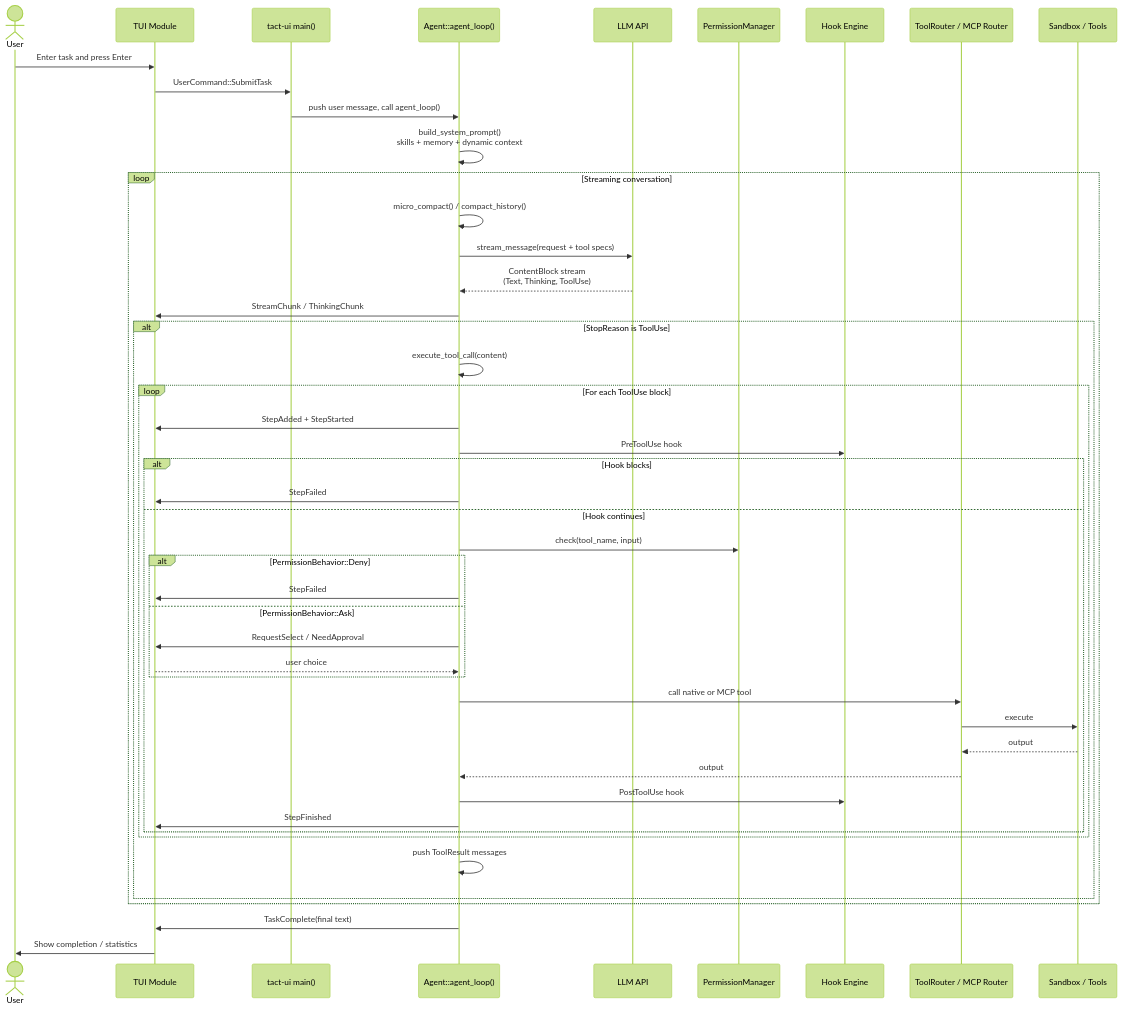
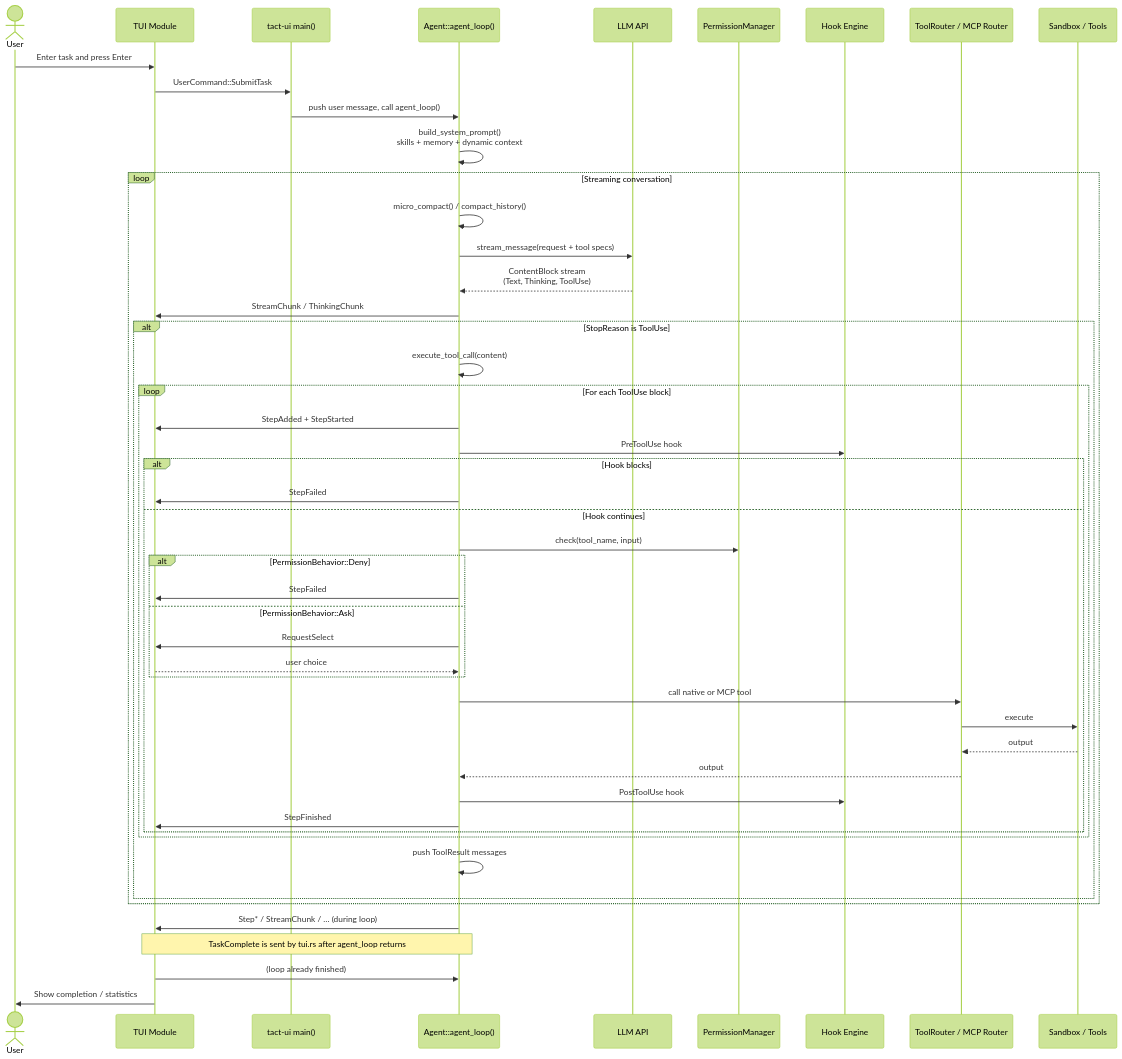
The third of 10 diagrams in ARCHITECTURE.md (rust-infra/tact), drawn with Mermaid (forest theme) before and after one commit. The commit also changed other lines of this file and 63 other files, not shown here.

````diff
--- a/ARCHITECTURE.md
+++ b/ARCHITECTURE.md
@@ -156,53 +156,55 @@
 ```mermaid
 sequenceDiagram
     actor U as User
     participant TUI as TUI Module
     participant Main as tact-ui main()
     participant Agent as Agent::agent_loop()
     participant LLM as LLM API
     participant Perm as PermissionManager
     participant Hook as Hook Engine
     participant TR as ToolRouter / MCP Router
     participant SB as Sandbox / Tools
 
     U ->> TUI: Enter task and press Enter
     TUI ->> Main: UserCommand::SubmitTask
     Main ->> Agent: push user message, call agent_loop()
     Agent ->> Agent: build_system_prompt()<br/>skills + memory + dynamic context
 
     loop Streaming conversation
         Agent ->> Agent: micro_compact() / compact_history()
         Agent ->> LLM: stream_message(request + tool specs)
         LLM -->> Agent: ContentBlock stream<br/>(Text, Thinking, ToolUse)
         Agent ->> TUI: StreamChunk / ThinkingChunk
 
         alt StopReason is ToolUse
             Agent ->> Agent: execute_tool_call(content)
             loop For each ToolUse block
                 Agent ->> TUI: StepAdded + StepStarted
                 Agent ->> Hook: PreToolUse hook
                 alt Hook blocks
                     Agent ->> TUI: StepFailed
                 else Hook continues
                     Agent ->> Perm: check(tool_name, input)
                     alt PermissionBehavior::Deny
                         Agent ->> TUI: StepFailed
                     else PermissionBehavior::Ask
-                        Agent ->> TUI: RequestSelect / NeedApproval
+                        Agent ->> TUI: RequestSelect
                         TUI -->> Agent: user choice
                     end
                     Agent ->> TR: call native or MCP tool
                     TR ->> SB: execute
                     SB -->> TR: output
                     TR -->> Agent: output
                     Agent ->> Hook: PostToolUse hook
                     Agent ->> TUI: StepFinished
                 end
             end
             Agent ->> Agent: push ToolResult messages
         end
     end
 
-    Agent ->> TUI: TaskComplete(final text)
+    Agent ->> TUI: Step* / StreamChunk / … (during loop)
+    Note over Agent,TUI: TaskComplete is sent by tui.rs after agent_loop returns
+    TUI ->> Agent: (loop already finished)
     TUI ->> U: Show completion / statistics
 ```
````
